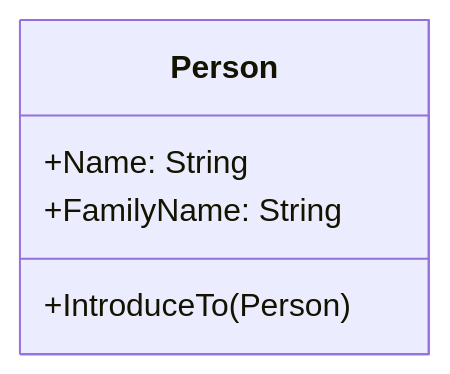
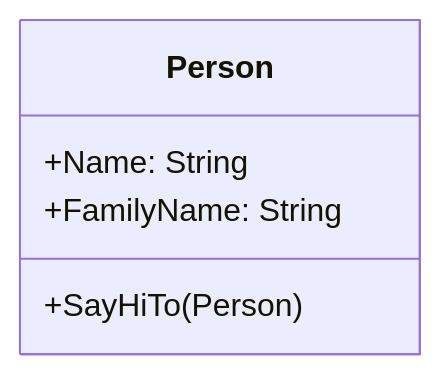
One commit to ucudal/PII_Conceptos_de_POO changed the first of 2 diagrams in Capitulos/1_Objetos_Clases_Mensajes/1_2_Desarrollo.md. Above: the diagram before and after it, drawn with Mermaid. The commit also changed other lines of this file and 1 other file, not shown here.

````diff
--- a/Capitulos/1_Objetos_Clases_Mensajes/1_2_Desarrollo.md
+++ b/Capitulos/1_Objetos_Clases_Mensajes/1_2_Desarrollo.md
@@ -437,8 +591,8 @@
 ```mermaid
 classDiagram
 class Person{
         +Name: String
         +FamilyName: String
-        +IntroduceTo(Person)
+        +SayHiTo(Person)
 }
 ```
````
